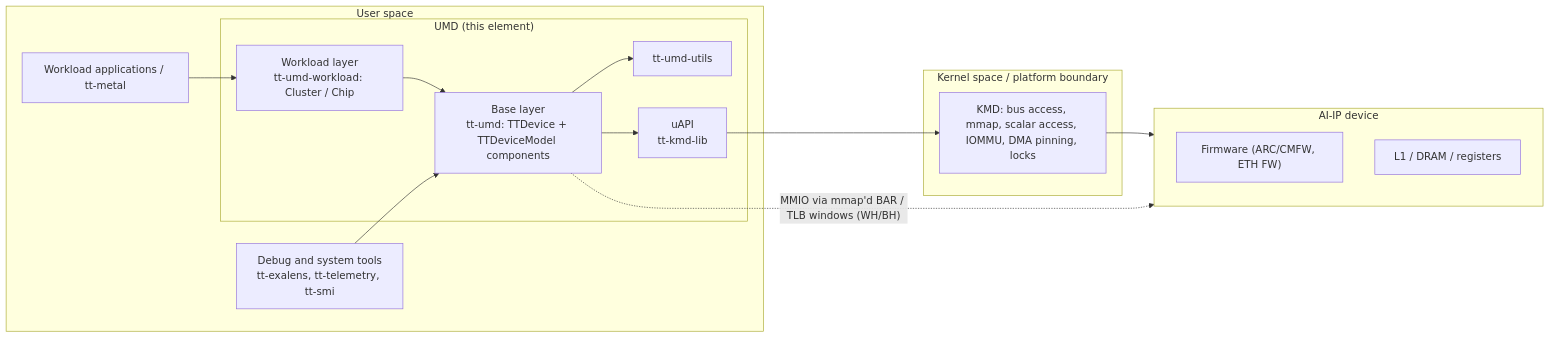
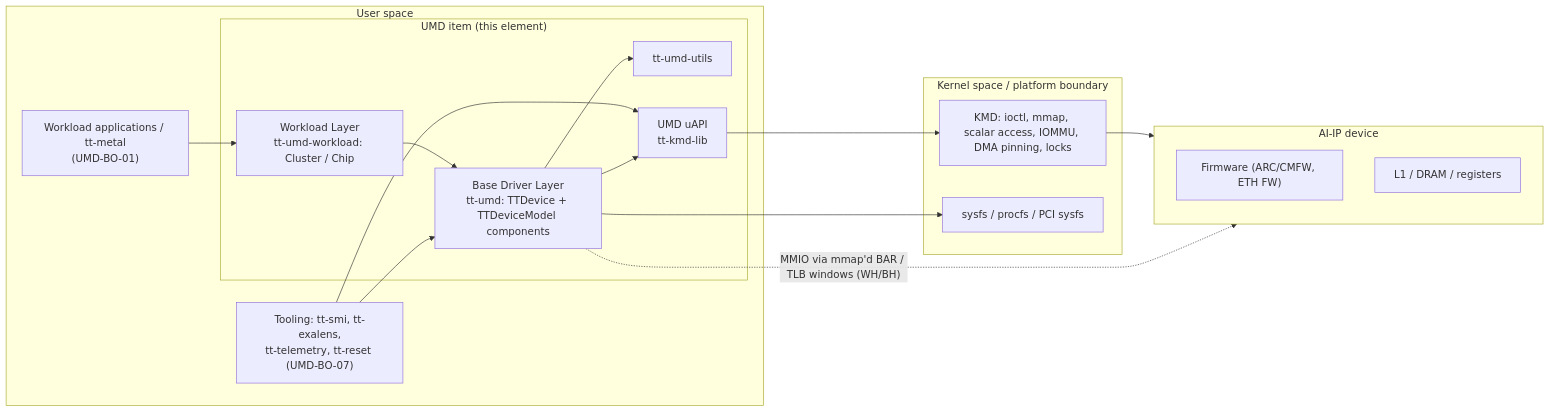
Before and after one commit to tenstorrent/tt-umd: the first of 5 diagrams in docs/safety/ISO26262-6_SW_Architecture_UMD.md, drawn with Mermaid. The commit also changed other lines of this file and 5 other files, not shown here.

Commit message:
Draft 0.2 SW Architecture

````diff
--- a/docs/safety/ISO26262-6_SW_Architecture_UMD.md
+++ b/docs/safety/ISO26262-6_SW_Architecture_UMD.md
@@ -117,25 +166,28 @@
 ```mermaid
 flowchart LR
   subgraph US["User space"]
-    APP["Workload applications / tt-metal"]
-    TOOLS["Debug and system tools<br/>tt-exalens, tt-telemetry, tt-smi"]
-    subgraph UMD["UMD (this element)"]
-      WL["Workload layer<br/>tt-umd-workload: Cluster / Chip"]
-      BL["Base layer<br/>tt-umd: TTDevice + TTDeviceModel components"]
+    APP["Workload applications / tt-metal<br/>(UMD-BO-01)"]
+    TOOLS["Tooling: tt-smi, tt-exalens,<br/>tt-telemetry, tt-reset (UMD-BO-07)"]
+    subgraph UMD["UMD item (this element)"]
+      WL["Workload Layer<br/>tt-umd-workload: Cluster / Chip"]
+      BL["Base Driver Layer<br/>tt-umd: TTDevice + TTDeviceModel components"]
       UT["tt-umd-utils"]
-      UAPI["uAPI<br/>tt-kmd-lib"]
+      UAPI["UMD uAPI<br/>tt-kmd-lib"]
     end
   end
   subgraph KS["Kernel space / platform boundary"]
-    KMD["KMD: bus access, mmap, scalar access, IOMMU, DMA pinning, locks"]
+    KMD["KMD: ioctl, mmap, scalar access, IOMMU, DMA pinning, locks"]
+    SYS["sysfs / procfs / PCI sysfs"]
   end
   subgraph DEV["AI-IP device"]
     FW["Firmware (ARC/CMFW, ETH FW)"]
     MEM["L1 / DRAM / registers"]
   end
   APP --> WL --> BL
   TOOLS --> BL
+  TOOLS --> UAPI
   BL --> UT
   BL --> UAPI --> KMD --> DEV
+  BL --> SYS
   BL -. "MMIO via mmap'd BAR / TLB windows (WH/BH)" .-> DEV
 ```
````
